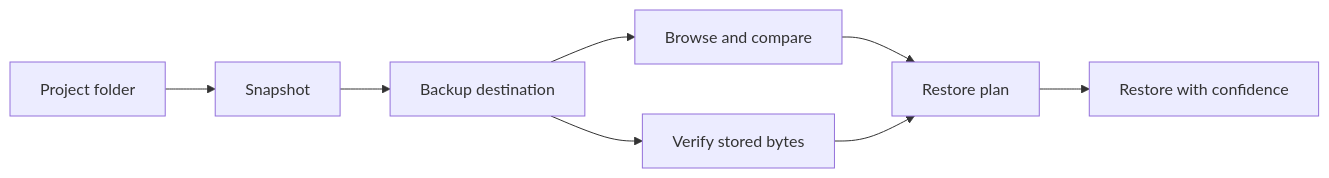
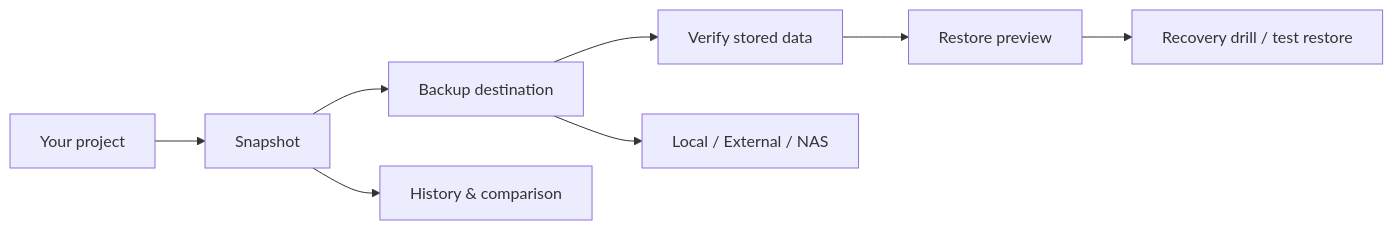
Before and after one commit to ATAC-Helicopter/VaultSync: the diagram in README.md, drawn with Mermaid. The commit also changed other lines of this file and 8 other files, not shown here.

````diff
--- a/README.md
+++ b/README.md
@@ -74,10 +121,11 @@
 ```mermaid
 flowchart LR
-    A[Project folder] --> B[Snapshot]
-    B --> C[Backup destination]
-    C --> D[Browse and compare]
-    C --> E[Verify stored bytes]
-    D --> F[Restore plan]
-    E --> F
-    F --> G[Restore with confidence]
+    A["Your project"] --> B["Snapshot"]
+    B --> C["Backup destination"]
+    C --> D["Verify stored data"]
+    D --> E["Restore preview"]
+    E --> F["Recovery drill / test restore"]
+
+    B --> G["History & comparison"]
+    C --> H["Local / External / NAS"]
 ```
````
